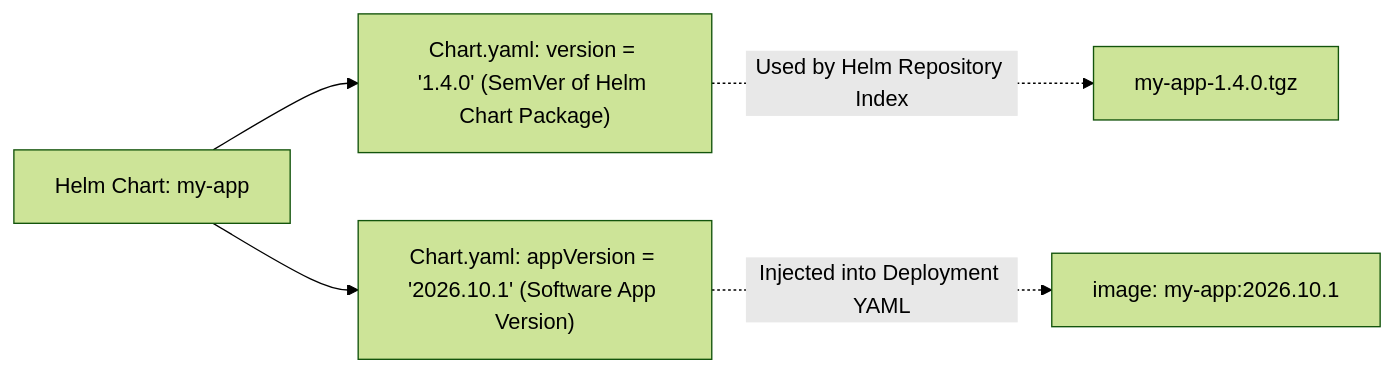
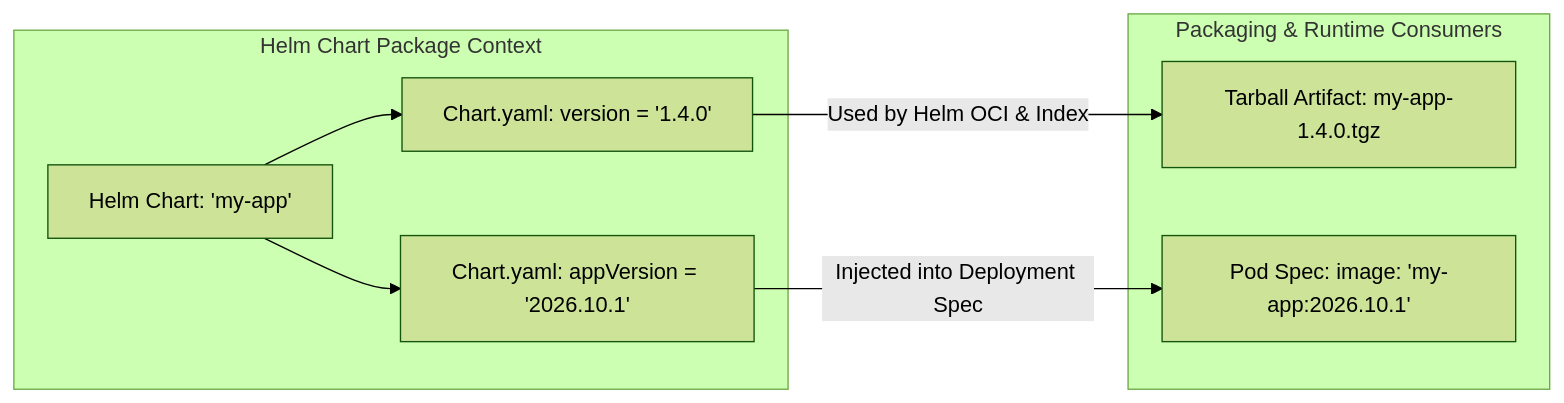
Before and after one commit to manojkumar-nt/tech-21-interview-handbook: the diagram in books/helm/02-chart-structure-and-chart-yaml.md, drawn with Mermaid (forest theme). The commit also changed other lines of this file and 11 other files, not shown here.

````diff
--- a/books/helm/02-chart-structure-and-chart-yaml.md
+++ b/books/helm/02-chart-structure-and-chart-yaml.md
@@ -34,8 +32,18 @@
 ```mermaid
-flowchart LR
-    ChartRelease["Helm Chart: my-app"] --> VersionField["Chart.yaml: version = '1.4.0' (SemVer of Helm Chart Package)"]
-    ChartRelease --> AppVersionField["Chart.yaml: appVersion = '2026.10.1' (Software App Version)"]
+graph LR
+    subgraph ChartPackage ["Helm Chart Package Context"]
+        ChartRelease["Helm Chart: 'my-app'"]
+        VersionField["Chart.yaml: version = '1.4.0'"]
+        AppVersionField["Chart.yaml: appVersion = '2026.10.1'"]
+        ChartRelease --> VersionField
+        ChartRelease --> AppVersionField
+    end
 
-    VersionField -.->|"Used by Helm Repository Index"| PackageTarball["my-app-1.4.0.tgz"]
-    AppVersionField -.->|"Injected into Deployment YAML"| ContainerImage["image: my-app:2026.10.1"]
+    subgraph PackagingEcosystem ["Packaging & Runtime Consumers"]
+        PackageTarball["Tarball Artifact: my-app-1.4.0.tgz"]
+        ContainerImage["Pod Spec: image: 'my-app:2026.10.1'"]
+    end
+
+    VersionField -->|"Used by Helm OCI & Index"| PackageTarball
+    AppVersionField -->|"Injected into Deployment Spec"| ContainerImage
 ```
````
